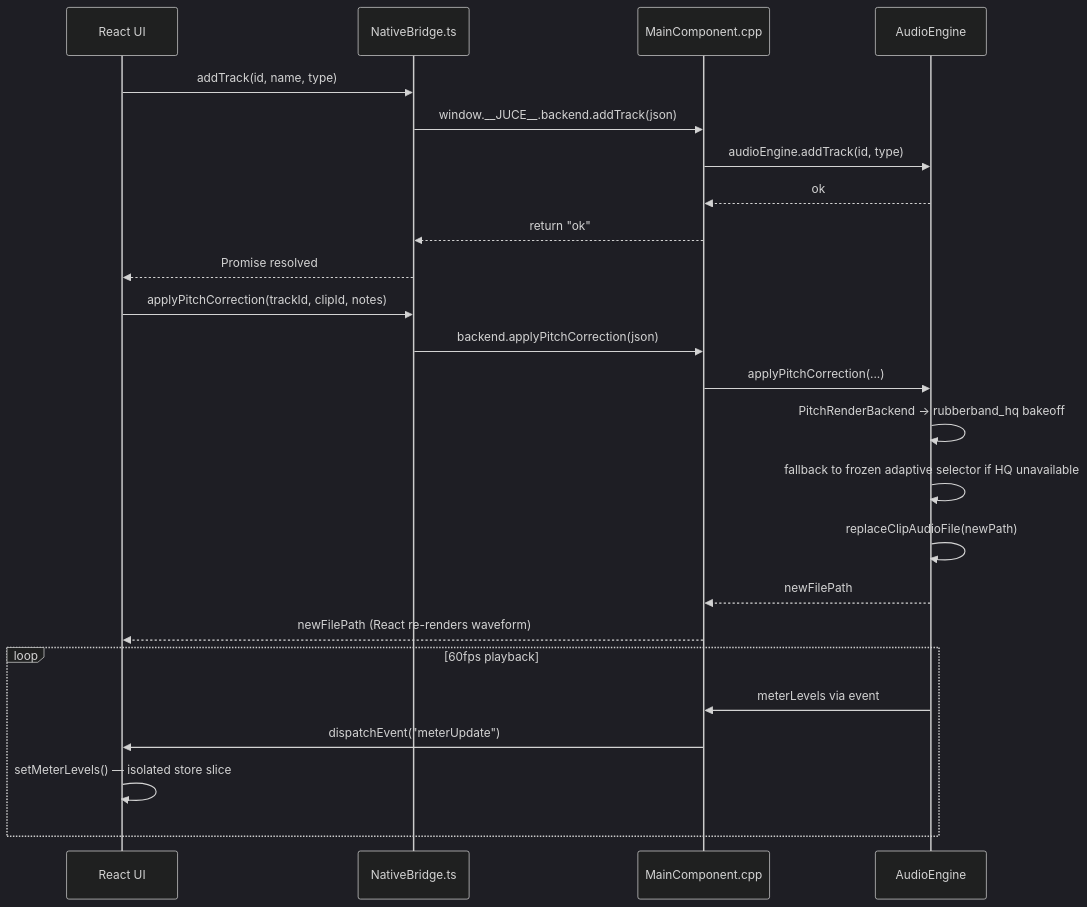
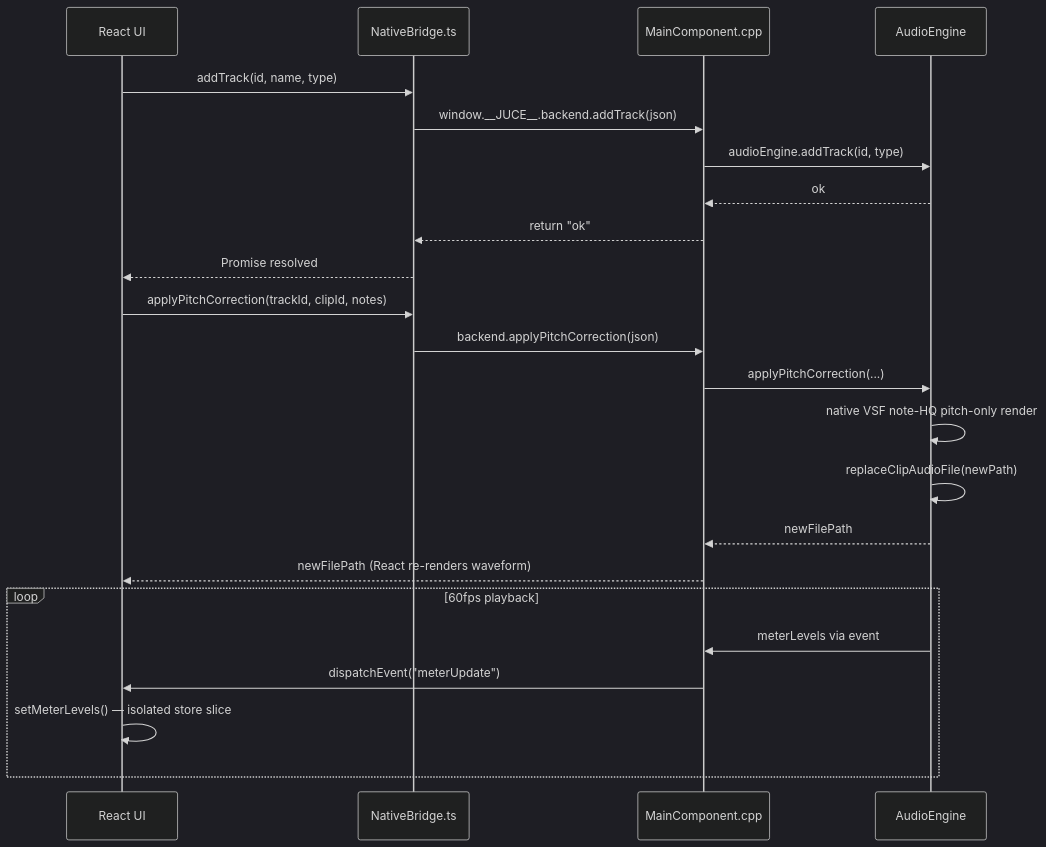
The fourth of 4 diagrams in README.md (sdevil7th/OpenStudio), drawn with Mermaid (dark theme) before and after one commit. The commit also changed other lines of this file and 47 other files, not shown here.

````diff
--- a/README.md
+++ b/README.md
@@ -196,29 +194,28 @@
 ```mermaid
 sequenceDiagram
     participant UI as React UI
     participant NB as NativeBridge.ts
     participant MC as MainComponent.cpp
     participant AE as AudioEngine
 
     UI->>NB: addTrack(id, name, type)
     NB->>MC: window.__JUCE__.backend.addTrack(json)
     MC->>AE: audioEngine.addTrack(id, type)
     AE-->>MC: ok
     MC-->>NB: return "ok"
     NB-->>UI: Promise resolved
 
     UI->>NB: applyPitchCorrection(trackId, clipId, notes)
     NB->>MC: backend.applyPitchCorrection(json)
     MC->>AE: applyPitchCorrection(...)
-    AE->>AE: PitchRenderBackend -> rubberband_hq bakeoff
-    AE->>AE: fallback to frozen adaptive selector if HQ unavailable
+    AE->>AE: native VSF note-HQ pitch-only render
     AE->>AE: replaceClipAudioFile(newPath)
     AE-->>MC: newFilePath
     MC-->>UI: newFilePath (React re-renders waveform)
 
     loop 60fps playback
         AE->>MC: meterLevels via event
         MC->>UI: dispatchEvent("meterUpdate")
         UI->>UI: setMeterLevels() — isolated store slice
     end
 ```
````
